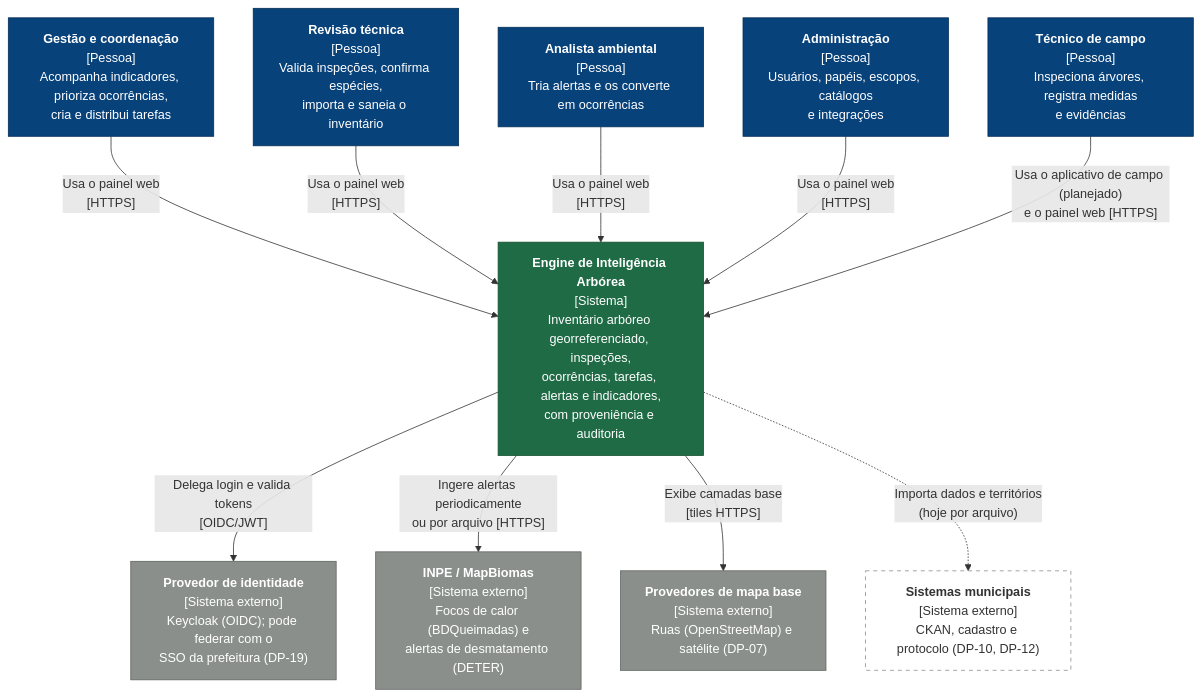
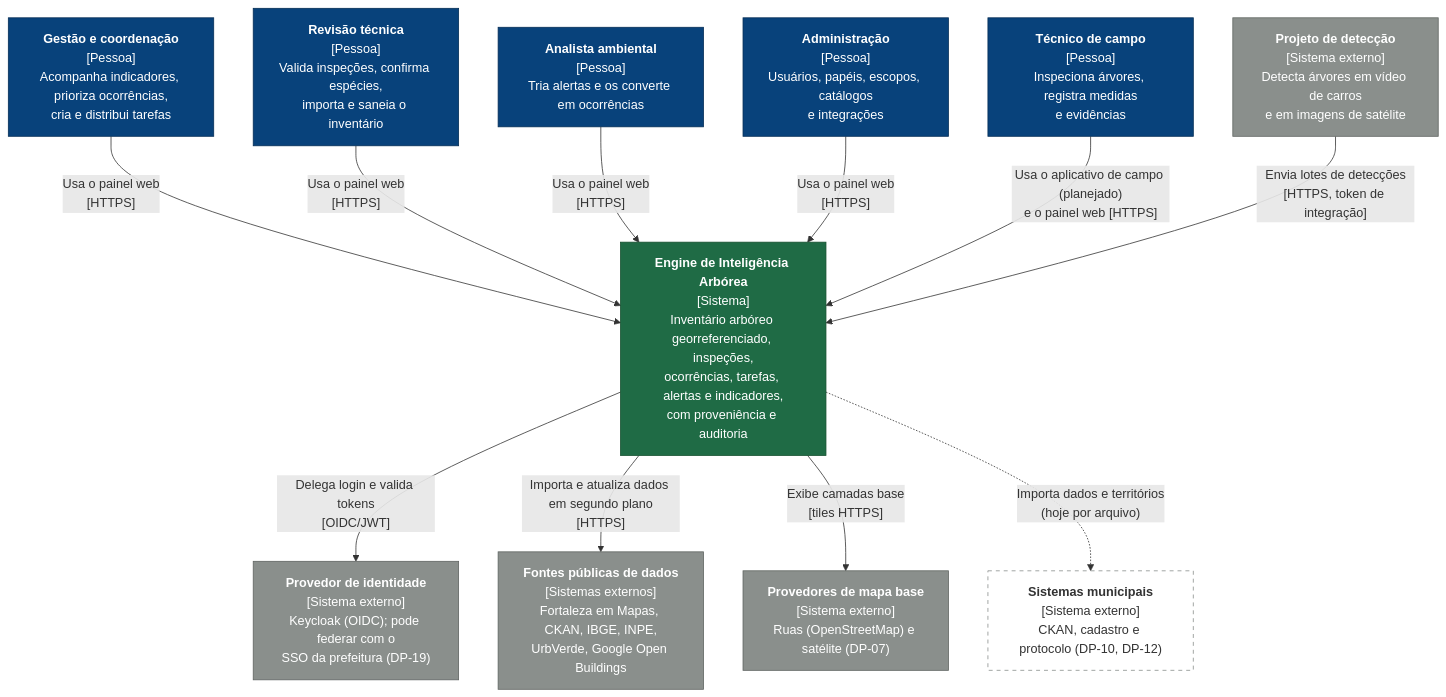
Before and after one commit to RaulMedeiros/itree: the first of 13 diagrams in docs/arquitetura/README.md, drawn with Mermaid. The commit also changed other lines of this file and 26 other files, not shown here.

````diff
--- a/docs/arquitetura/README.md
+++ b/docs/arquitetura/README.md
@@ -26,27 +28,29 @@
 ```mermaid
 flowchart TB
     classDef pessoa fill:#08427b,stroke:#052e56,color:#fff
     classDef sistema fill:#1f6b45,stroke:#16502f,color:#fff
     classDef externo fill:#8a8f8c,stroke:#5f6461,color:#fff
     classDef planejado fill:#fff,stroke:#8a8f8c,color:#333,stroke-dasharray:5 5
 
     gestor["<b>Gestão e coordenação</b><br/>[Pessoa]<br/>Acompanha indicadores, prioriza ocorrências,<br/>cria e distribui tarefas"]:::pessoa
     revisor["<b>Revisão técnica</b><br/>[Pessoa]<br/>Valida inspeções, confirma espécies,<br/>importa e saneia o inventário"]:::pessoa
     tecnico["<b>Técnico de campo</b><br/>[Pessoa]<br/>Inspeciona árvores, registra medidas<br/>e evidências"]:::pessoa
     analista["<b>Analista ambiental</b><br/>[Pessoa]<br/>Tria alertas e os converte em ocorrências"]:::pessoa
     admin["<b>Administração</b><br/>[Pessoa]<br/>Usuários, papéis, escopos, catálogos<br/>e integrações"]:::pessoa
 
     engine["<b>Engine de Inteligência Arbórea</b><br/>[Sistema]<br/>Inventário arbóreo georreferenciado, inspeções,<br/>ocorrências, tarefas, alertas e indicadores,<br/>com proveniência e auditoria"]:::sistema
 
     idp["<b>Provedor de identidade</b><br/>[Sistema externo]<br/>Keycloak (OIDC); pode federar com o<br/>SSO da prefeitura (DP-19)"]:::externo
-    inpe["<b>INPE / MapBiomas</b><br/>[Sistema externo]<br/>Focos de calor (BDQueimadas) e<br/>alertas de desmatamento (DETER)"]:::externo
+    deteccao["<b>Projeto de detecção</b><br/>[Sistema externo]<br/>Detecta árvores em vídeo de carros<br/>e em imagens de satélite"]:::externo
+    fontes["<b>Fontes públicas de dados</b><br/>[Sistemas externos]<br/>Fortaleza em Mapas, CKAN, IBGE, INPE,<br/>UrbVerde, Google Open Buildings"]:::externo
     mapas["<b>Provedores de mapa base</b><br/>[Sistema externo]<br/>Ruas (OpenStreetMap) e satélite (DP-07)"]:::externo
     municipais["<b>Sistemas municipais</b><br/>[Sistema externo]<br/>CKAN, cadastro e protocolo (DP-10, DP-12)"]:::planejado
 
     gestor & revisor & analista & admin -- "Usa o painel web<br/>[HTTPS]" --> engine
     tecnico -- "Usa o aplicativo de campo (planejado)<br/>e o painel web [HTTPS]" --> engine
     engine -- "Delega login e valida tokens<br/>[OIDC/JWT]" --> idp
-    engine -- "Ingere alertas periodicamente<br/>ou por arquivo [HTTPS]" --> inpe
+    deteccao -- "Envia lotes de detecções<br/>[HTTPS, token de integração]" --> engine
+    engine -- "Importa e atualiza dados em segundo plano<br/>[HTTPS]" --> fontes
     engine -- "Exibe camadas base<br/>[tiles HTTPS]" --> mapas
     engine -. "Importa dados e territórios<br/>(hoje por arquivo)" .-> municipais
 ```
````
